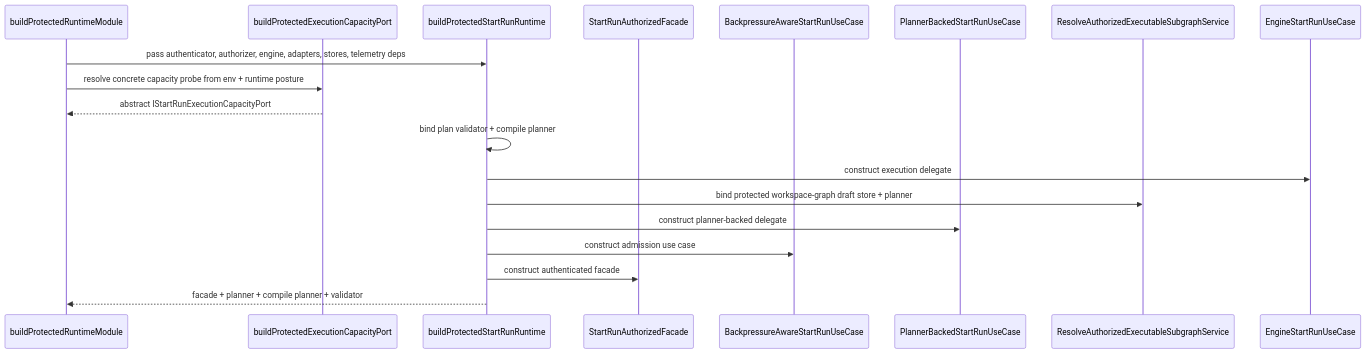
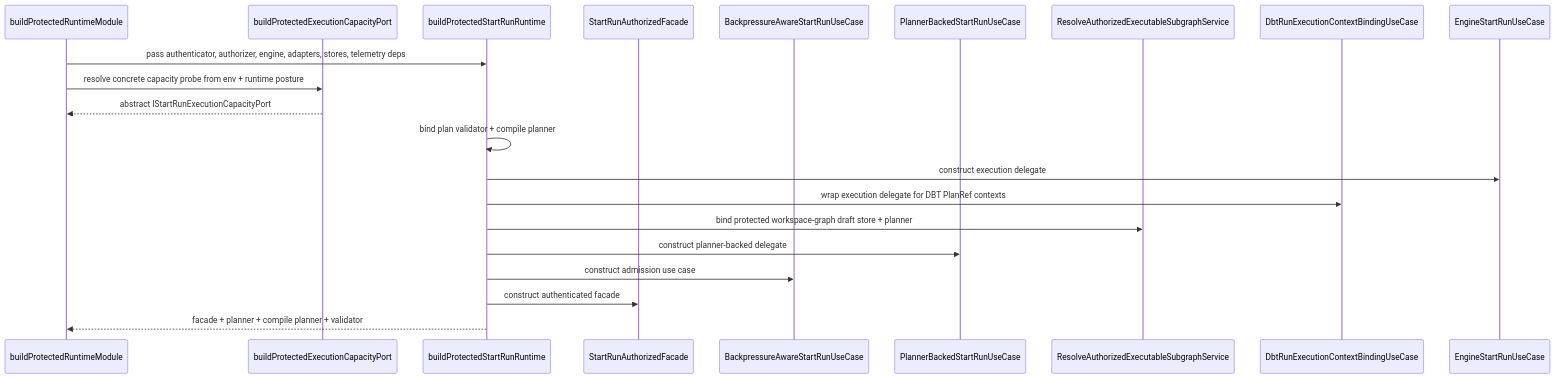
Before and after one commit to dunay2/dvt: the second of 2 diagrams in apps/api/docs/start-run-runtime-composition-component.md, drawn with Mermaid. The commit also changed other lines of this file and 85 other files, not shown here.

Commit message:
feat(web): Connect dbt authoring to code and run rails

````diff
--- a/apps/api/docs/start-run-runtime-composition-component.md
+++ b/apps/api/docs/start-run-runtime-composition-component.md
@@ -93,22 +95,24 @@
 ```mermaid
 sequenceDiagram
   participant Root as buildProtectedRuntimeModule
   participant Binding as buildProtectedExecutionCapacityPort
   participant StartRun as buildProtectedStartRunRuntime
   participant Facade as StartRunAuthorizedFacade
   participant Admission as BackpressureAwareStartRunUseCase
   participant Planner as PlannerBackedStartRunUseCase
   participant Resolver as ResolveAuthorizedExecutableSubgraphService
+  participant DbtBinding as DbtRunExecutionContextBindingUseCase
   participant Engine as EngineStartRunUseCase
 
   Root->>StartRun: pass authenticator, authorizer, engine, adapters, stores, telemetry deps
   Root->>Binding: resolve concrete capacity probe from env + runtime posture
   Binding-->>Root: abstract IStartRunExecutionCapacityPort
   StartRun->>StartRun: bind plan validator + compile planner
   StartRun->>Engine: construct execution delegate
+  StartRun->>DbtBinding: wrap execution delegate for DBT PlanRef contexts
   StartRun->>Resolver: bind protected workspace-graph draft store + planner
   StartRun->>Planner: construct planner-backed delegate
   StartRun->>Admission: construct admission use case
   StartRun->>Facade: construct authenticated facade
   StartRun-->>Root: facade + planner + compile planner + validator
 ```
````
